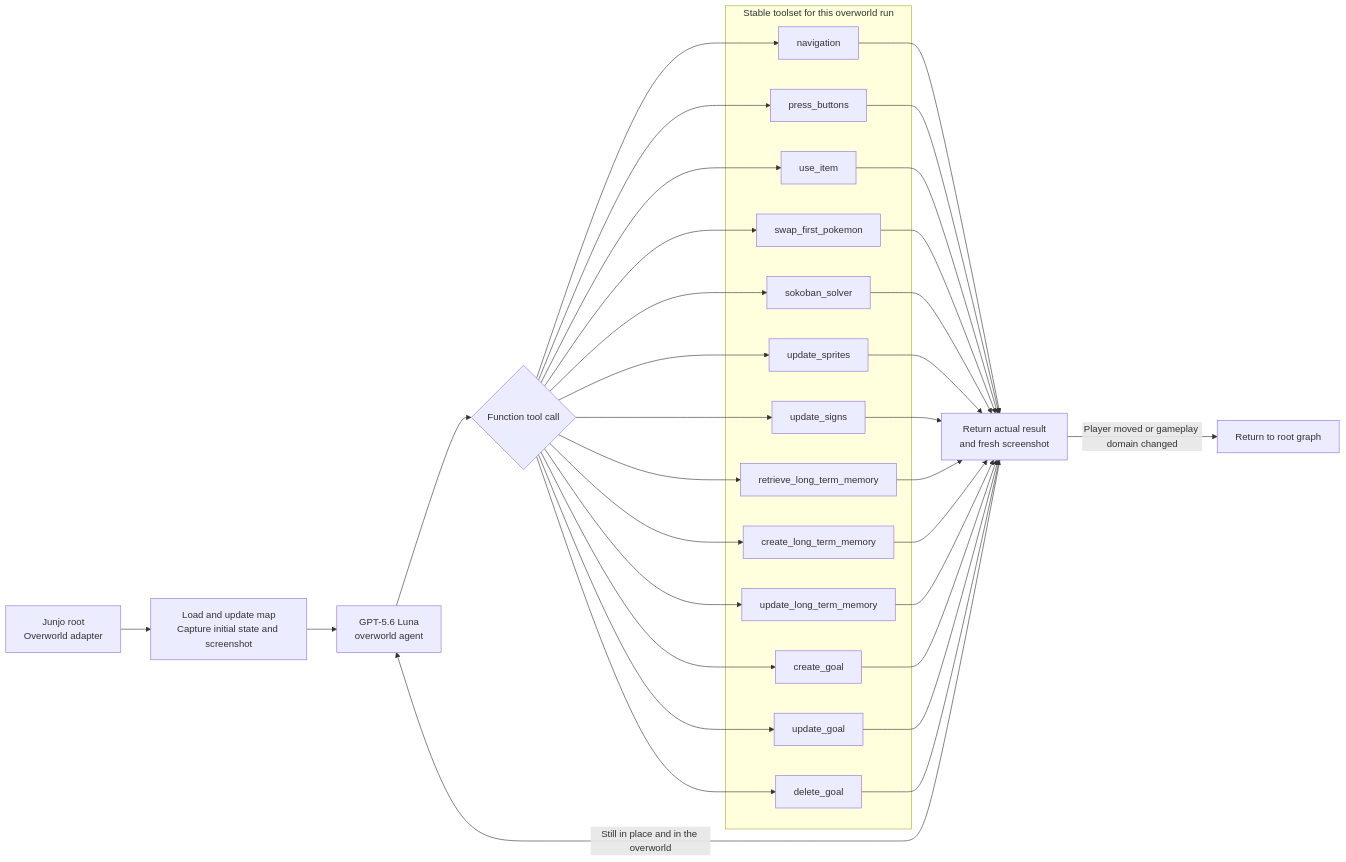
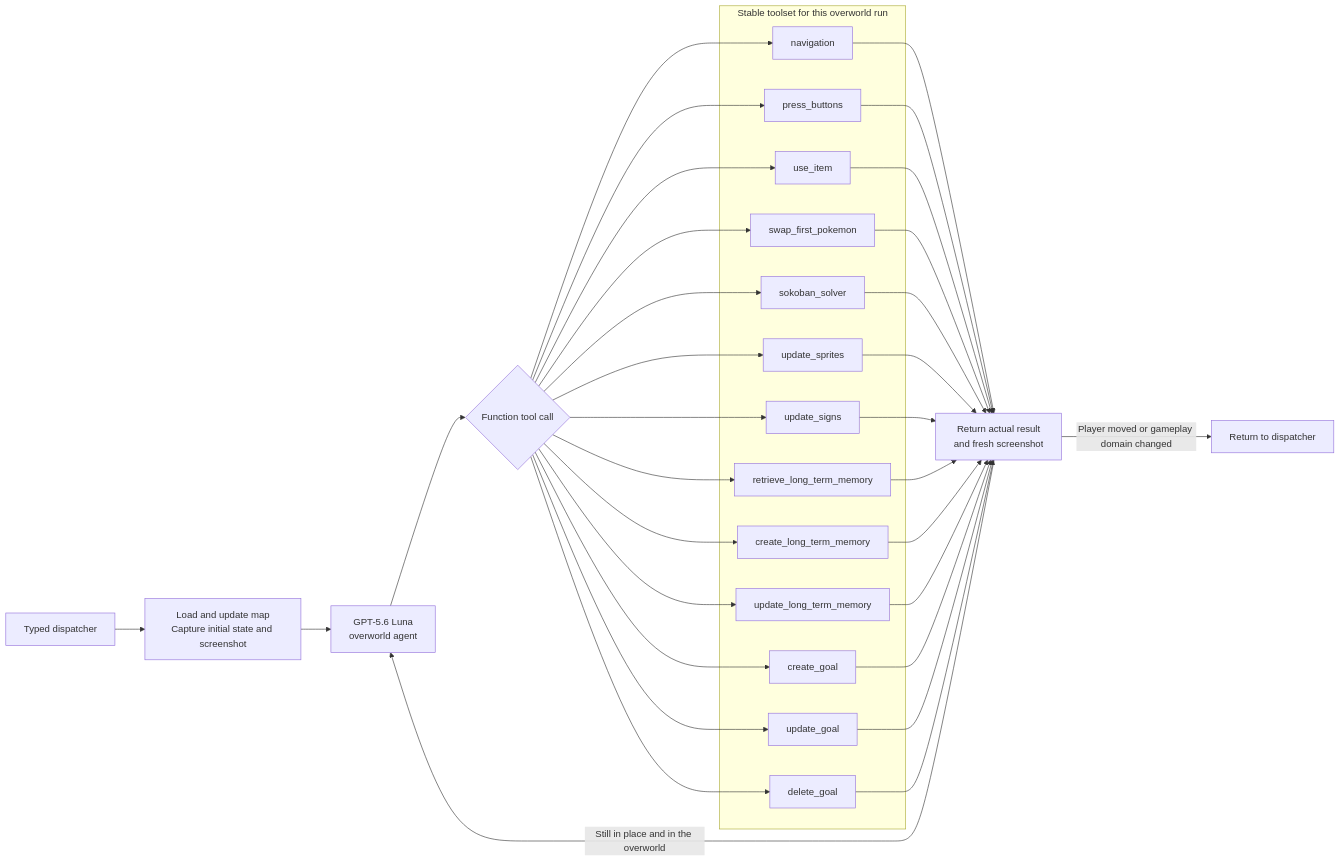
Before and after one commit to clambro/ai-plays-pokemon: the second of 4 diagrams in docs/workflow.md, drawn with Mermaid. The commit also changed other lines of this file and 183 other files, not shown here.

First line of the commit message:
Replace the junjo root with pydantic graph (#95)

````diff
--- a/docs/workflow.md
+++ b/docs/workflow.md
@@ -33,53 +41,53 @@
 ```mermaid
 flowchart LR
-    root["Junjo root<br/>Overworld adapter"] --> prepare["Load and update map<br/>Capture initial state and screenshot"]
+    dispatch["Typed dispatcher"] --> prepare["Load and update map<br/>Capture initial state and screenshot"]
     prepare --> agent["GPT-5.6 Luna<br/>overworld agent"]
     agent --> choice{"Function tool call"}
 
     subgraph toolset["Stable toolset for this overworld run"]
         navigate["navigation"]
         buttons["press_buttons"]
         item["use_item"]
         swap["swap_first_pokemon"]
         sokoban["sokoban_solver"]
         sprites["update_sprites"]
         signs["update_signs"]
         retrieve_memory["retrieve_long_term_memory"]
         create_memory["create_long_term_memory"]
         update_memory["update_long_term_memory"]
         create_goal["create_goal"]
         update_goal["update_goal"]
         delete_goal["delete_goal"]
     end
 
     choice --> navigate
     choice --> buttons
     choice --> item
     choice --> swap
     choice --> sokoban
     choice --> sprites
     choice --> signs
     choice --> retrieve_memory
     choice --> create_memory
     choice --> update_memory
     choice --> create_goal
     choice --> update_goal
     choice --> delete_goal
 
     navigate --> observe["Return actual result<br/>and fresh screenshot"]
     buttons --> observe
     item --> observe
     swap --> observe
     sokoban --> observe
     sprites --> observe
     signs --> observe
     retrieve_memory --> observe
     create_memory --> observe
     update_memory --> observe
     create_goal --> observe
     update_goal --> observe
     delete_goal --> observe
 
     observe -->|"Still in place and in the overworld"| agent
-    observe -->|"Player moved or gameplay domain changed"| finish["Return to root graph"]
+    observe -->|"Player moved or gameplay domain changed"| finish["Return to dispatcher"]
 ```
````
